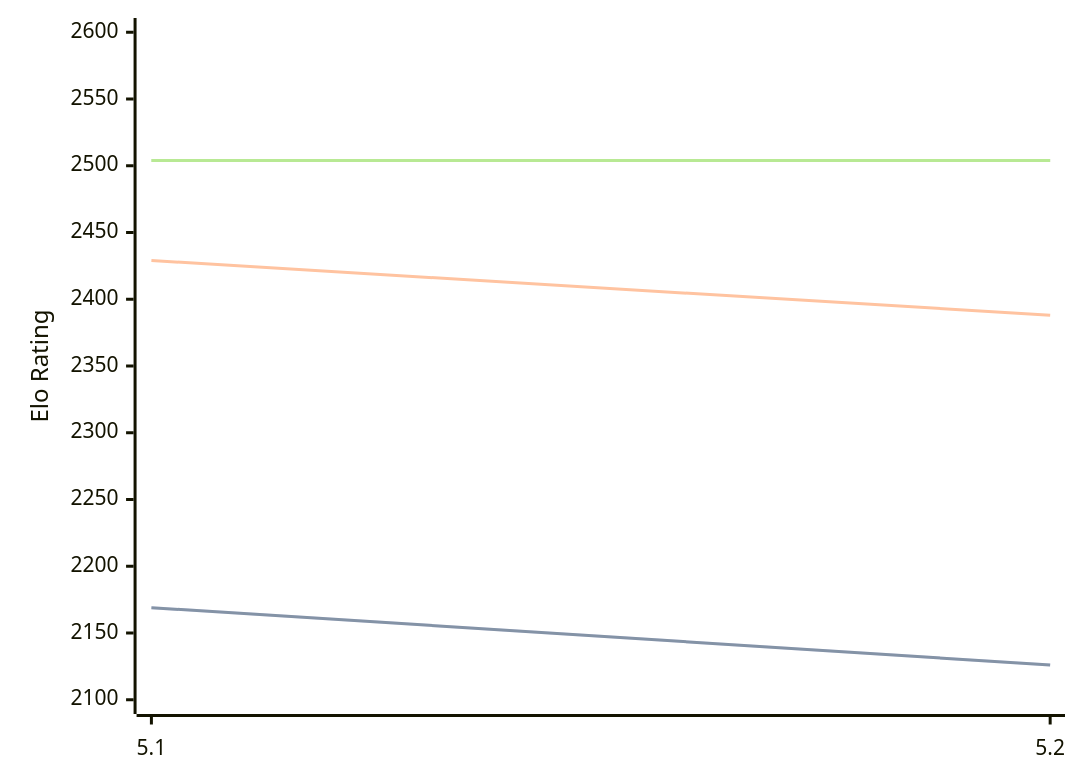
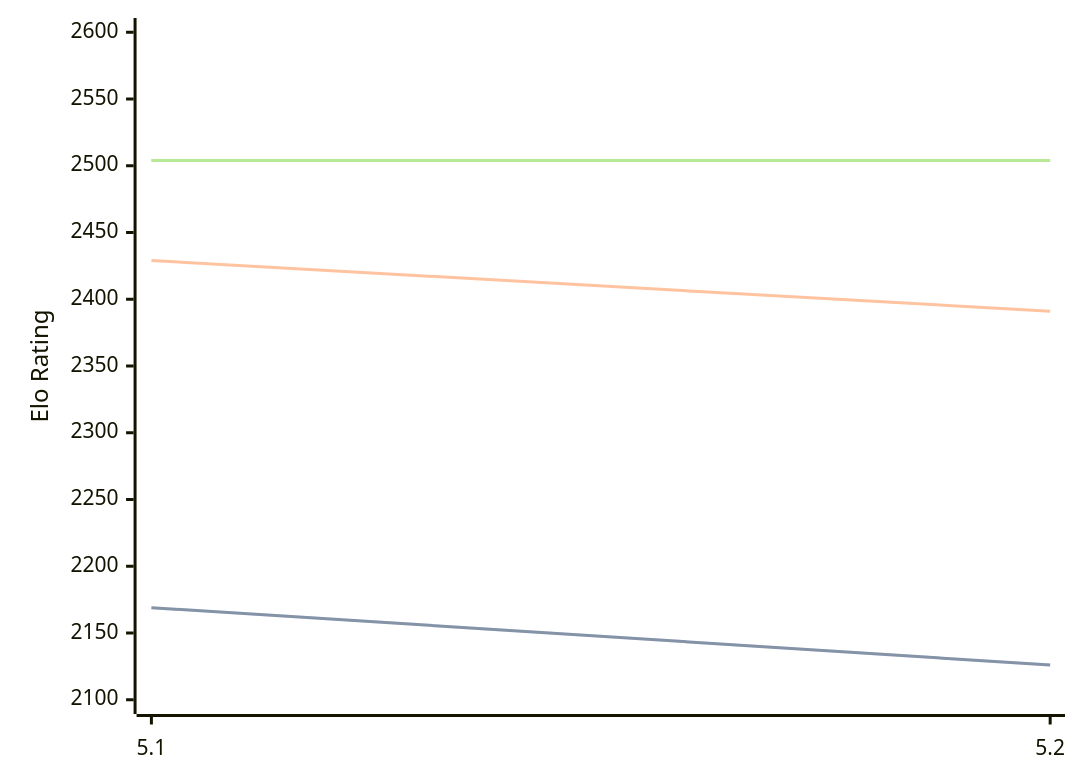
The diagram in engines/Prophet.md (computer-chess-index/cci), drawn with Mermaid before and after one commit. The commit also changed other lines of this file, not shown here.

````diff
--- a/engines/Prophet.md
+++ b/engines/Prophet.md
@@ -32,11 +32,11 @@
 ```mermaid
 %%{init: {"theme":"base","themeVariables":{"seriesColors:['#a3a3a3','#222221','#faa371']}}}%%
 xychart-beta
   x-axis ["5.1", "5.2"]
   y-axis "Elo Rating" 2100 --> 2600
   line "" [2169, 2126]
   line "STC (8.0+0.08s)" [2169, 2126]
-  line "LTC (60.0+0.60s)" [2429, 2388]
+  line "LTC (60.0+0.60s)" [2429, 2391]
   line "" [2504, 2504]
   line "VLTC (2m24s+1.12s)" [2504, 2504]
 ```
````
